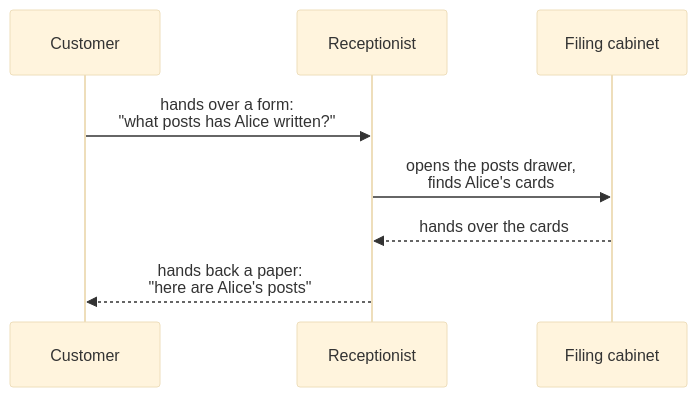
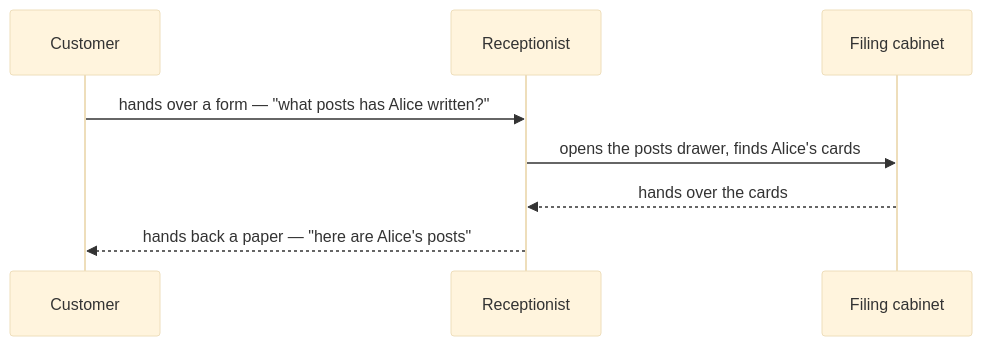
Before and after one commit to Khrafts-INC/ship-your-first-thing: the third of 4 diagrams in diagrams/where-data-lives.md, drawn with Mermaid (base theme). The commit also changed other lines of this file and 3 other files, not shown here.

First line of the commit message:
fix(01): rewrite sequenceDiagram Notes + flowchart edge labels as single-line text

````diff
--- a/diagrams/where-data-lives.md
+++ b/diagrams/where-data-lives.md
@@ -39,10 +39,10 @@
 ```mermaid
 sequenceDiagram
   participant Customer as Customer
   participant Receptionist as Receptionist
   participant Cabinet as Filing cabinet
-  Customer->>Receptionist: hands over a form:<br>"what posts has Alice written?"
-  Receptionist->>Cabinet: opens the posts drawer,<br>finds Alice's cards
+  Customer->>Receptionist: hands over a form — "what posts has Alice written?"
+  Receptionist->>Cabinet: opens the posts drawer, finds Alice's cards
   Cabinet-->>Receptionist: hands over the cards
-  Receptionist-->>Customer: hands back a paper:<br>"here are Alice's posts"
+  Receptionist-->>Customer: hands back a paper — "here are Alice's posts"
 ```
````
